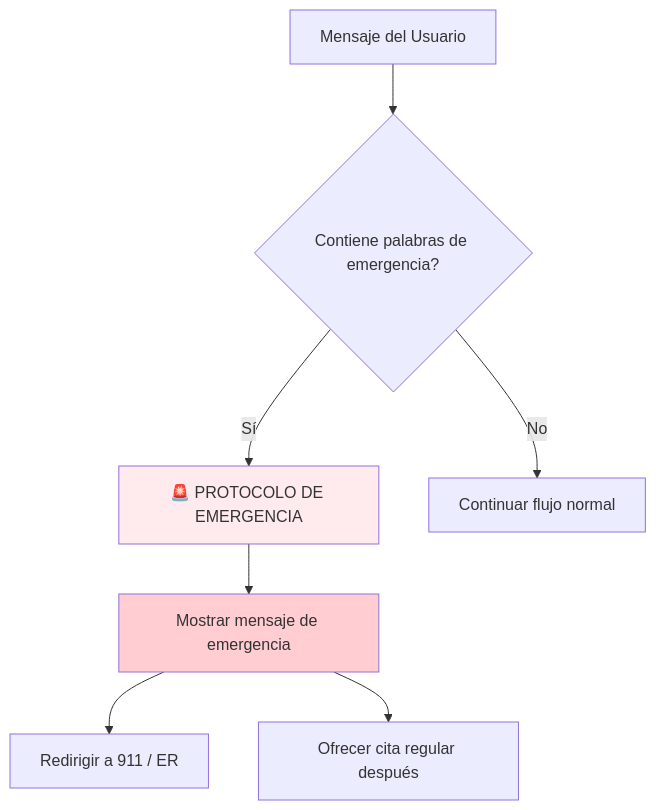
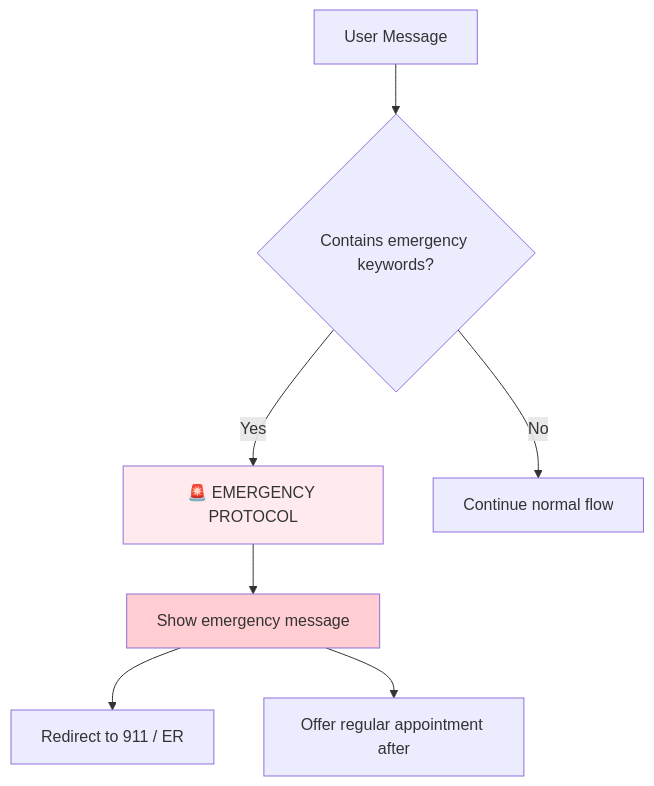
One commit to horacefonseca/ped_ass_chatbot changed the sixth of 6 diagrams in CHATBOT_DESIGN_FLOW.md. Above: the diagram before and after it, drawn with Mermaid. The commit also changed other lines of this file, not shown here.

First line of the commit message:
Translate CHATBOT_DESIGN_FLOW.md to English

````diff
--- a/CHATBOT_DESIGN_FLOW.md
+++ b/CHATBOT_DESIGN_FLOW.md
@@ -269,13 +269,13 @@
 ```mermaid
 flowchart TD
-    A[Mensaje del Usuario] --> B{Contiene palabras de emergencia?}
-    B -->|Sí| C[🚨 PROTOCOLO DE EMERGENCIA]
-    B -->|No| D[Continuar flujo normal]
+    A[User Message] --> B{Contains emergency keywords?}
+    B -->|Yes| C[🚨 EMERGENCY PROTOCOL]
+    B -->|No| D[Continue normal flow]
     
-    C --> E[Mostrar mensaje de emergencia]
-    E --> F[Redirigir a 911 / ER]
-    E --> G[Ofrecer cita regular después]
+    C --> E[Show emergency message]
+    E --> F[Redirect to 911 / ER]
+    E --> G[Offer regular appointment after]
     
     style C fill:#ffebee
     style E fill:#ffcdd2
 ```
````
